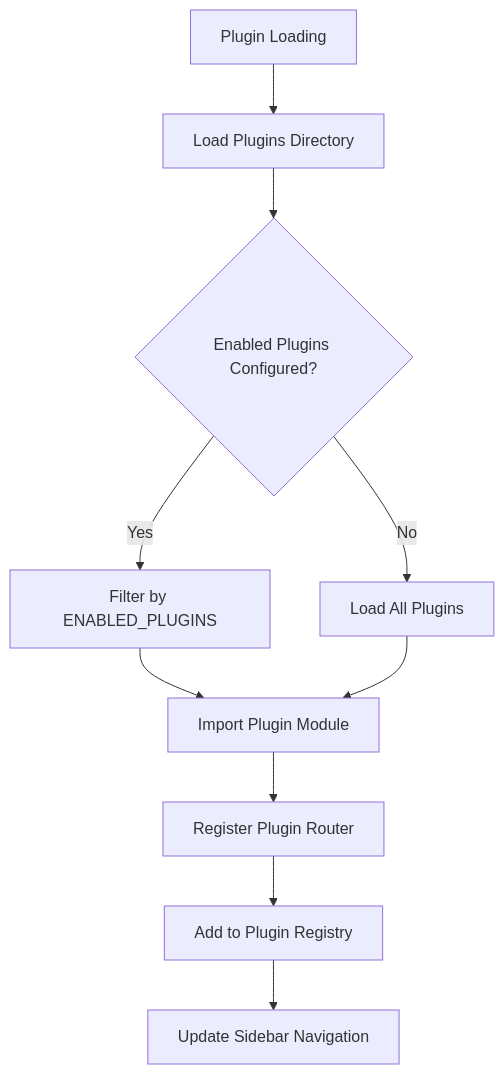
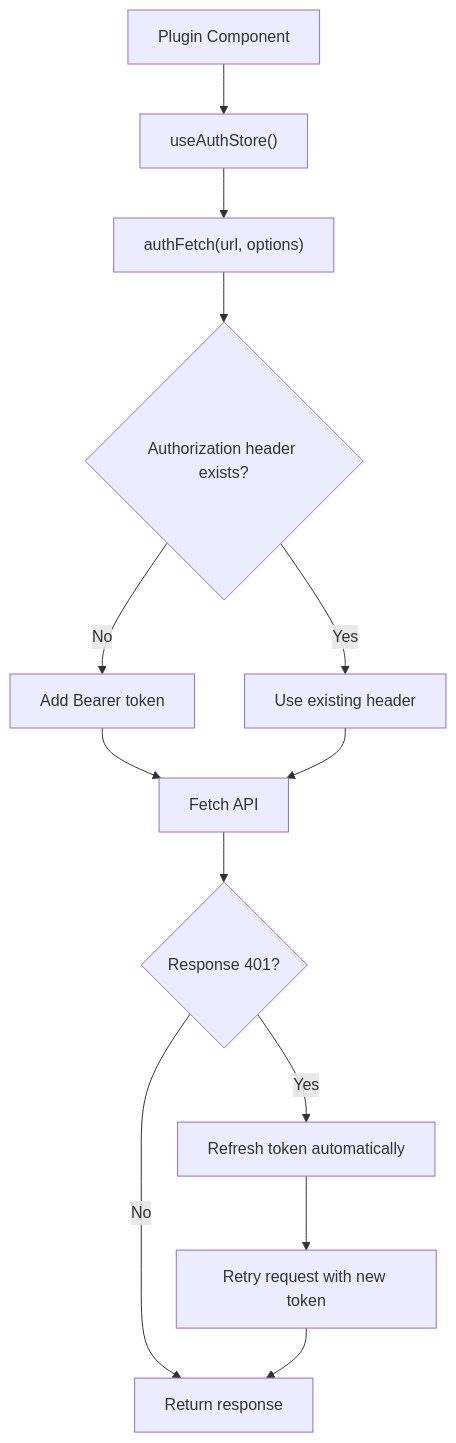
Before and after one commit to Nikita5543/New-SSO-02: the eighth of 10 diagrams in .qoder/repowiki/en/content/Authentication & Authorization System/Authentication & Authorization System.md, drawn with Mermaid. The commit also changed other lines of this file and 7 other files, not shown here.

````diff
--- a/.qoder/repowiki/en/content/Authentication & Authorization System/Authentication & Authorization System.md
+++ b/.qoder/repowiki/en/content/Authentication & Authorization System/Authentication & Authorization System.md
@@ -450,12 +471,15 @@
 ```mermaid
 flowchart TD
-A["Plugin Loading"] --> B["Load Plugins Directory"]
-B --> C{"Enabled Plugins Configured?"}
-C --> |Yes| D["Filter by ENABLED_PLUGINS"]
-C --> |No| E["Load All Plugins"]
-D --> F["Import Plugin Module"]
-E --> F
-F --> G["Register Plugin Router"]
-G --> H["Add to Plugin Registry"]
-H --> I["Update Sidebar Navigation"]
+A["Plugin Component"] --> B["useAuthStore()"]
+B --> C["authFetch(url, options)"]
+C --> D{"Authorization header exists?"}
+D --> |No| E["Add Bearer token"]
+D --> |Yes| F["Use existing header"]
+E --> G["Fetch API"]
+F --> G
+G --> H{"Response 401?"}
+H --> |Yes| I["Refresh token automatically"]
+I --> J["Retry request with new token"]
+H --> |No| K["Return response"]
+J --> K
 ```
````
